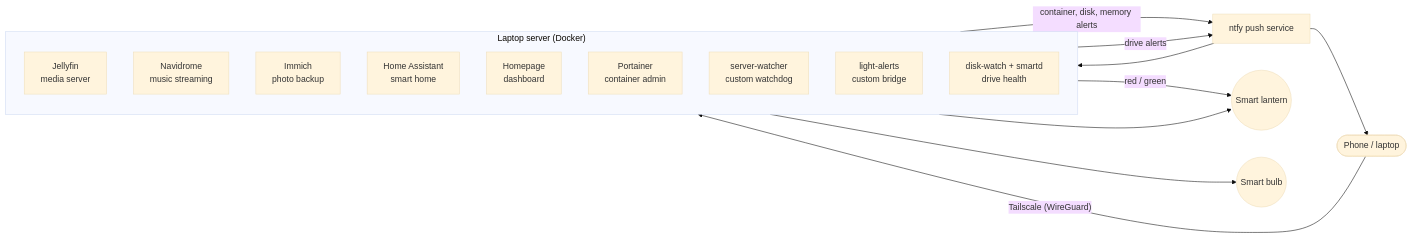
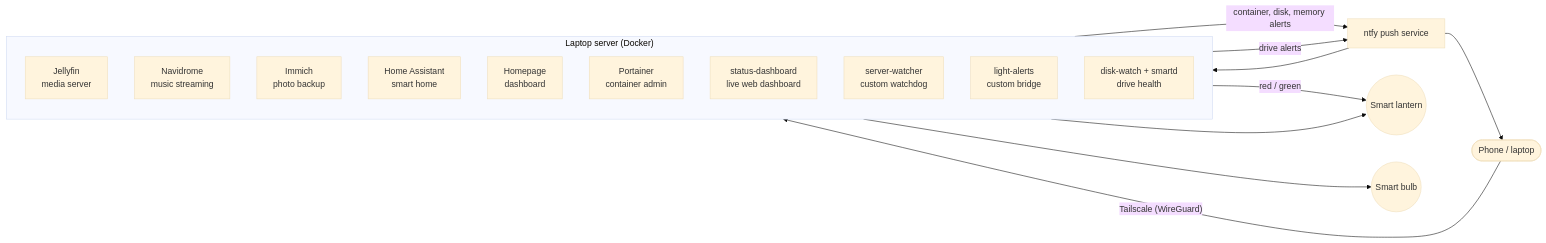
One commit to sreyas123/Homelab changed the diagram in README.md. Above: the diagram before and after it, drawn with Mermaid (base theme). The commit also changed other lines of this file and 26 other files, not shown here.

Commit message:
Add live status dashboard and glass theme

````diff
--- a/README.md
+++ b/README.md
@@ -37,23 +70,24 @@
 ```mermaid
 flowchart LR
     subgraph Server["Laptop server (Docker)"]
         direction TB
         JF[Jellyfin<br/>media server]
         NV[Navidrome<br/>music streaming]
         IM[Immich<br/>photo backup]
         HA[Home Assistant<br/>smart home]
         HP[Homepage<br/>dashboard]
         PT[Portainer<br/>container admin]
+        SD[status-dashboard<br/>live web dashboard]
         SW[server-watcher<br/>custom watchdog]
         LA[light-alerts<br/>custom bridge]
         DW[disk-watch + smartd<br/>drive health]
     end
     Phone([Phone / laptop]) -- "Tailscale (WireGuard)" --> Server
     SW -- "container, disk, memory alerts" --> NTFY[ntfy push service]
     DW -- "drive alerts" --> NTFY
     NTFY --> Phone
     NTFY --> LA
     LA -- "red / green" --> Lamp((Smart lantern))
     HA --> Lamp
     HA --> Bulb((Smart bulb))
 ```
````
